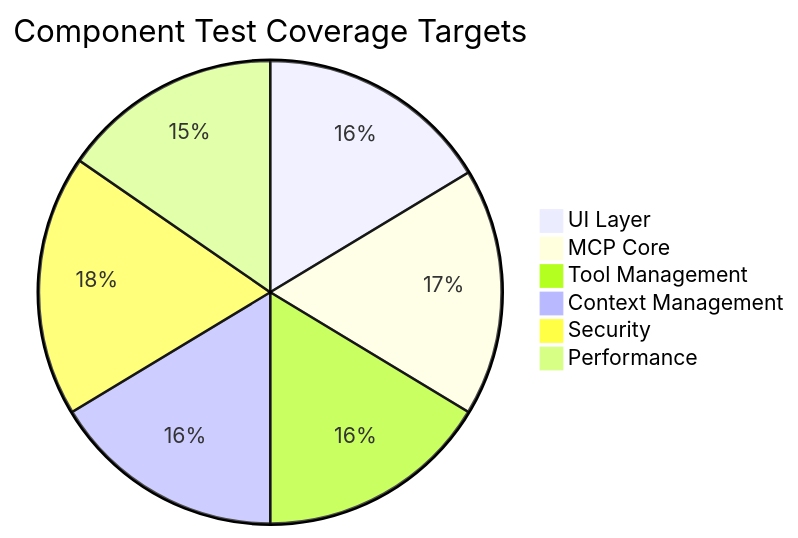
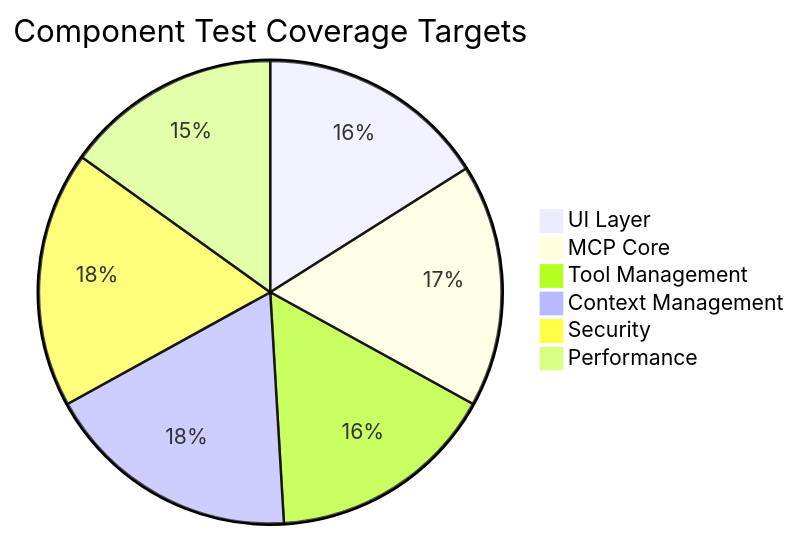
The fourth of 4 diagrams in specs/integration/README.md (DataScienceBioLab/squirrel), drawn with Mermaid before and after one commit. The commit also changed other lines of this file and 9 other files, not shown here.

````diff
--- a/specs/integration/README.md
+++ b/specs/integration/README.md
@@ -150,13 +184,13 @@
 ```mermaid
 ---
 title: Test Coverage Requirements
 ---
 pie
     title Component Test Coverage Targets
     "UI Layer" : 85
     "MCP Core" : 90
     "Tool Management" : 85
-    "Context Management" : 85
+    "Context Management" : 95
     "Security" : 95
     "Performance" : 80
 ```
````
